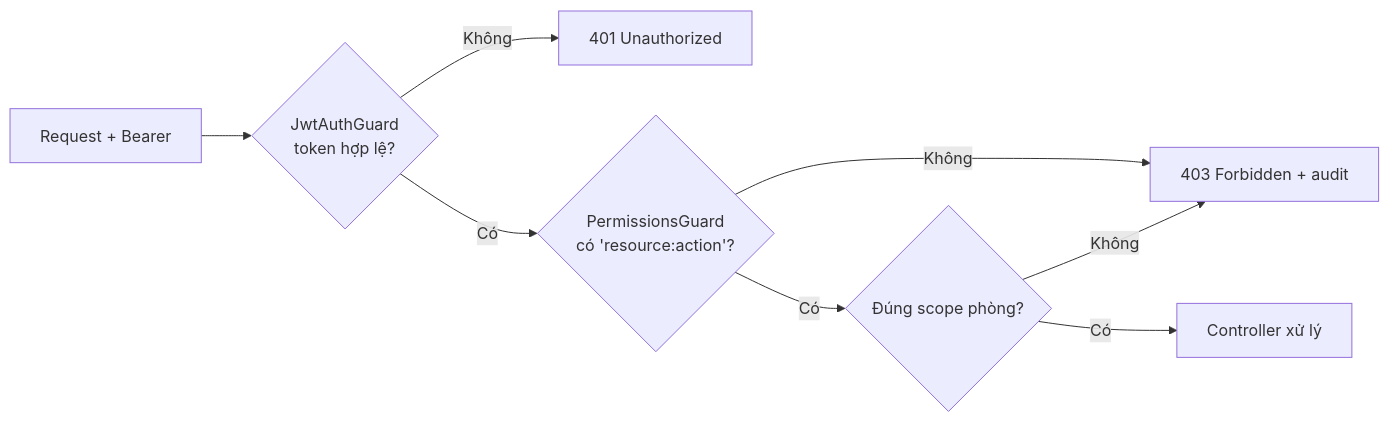
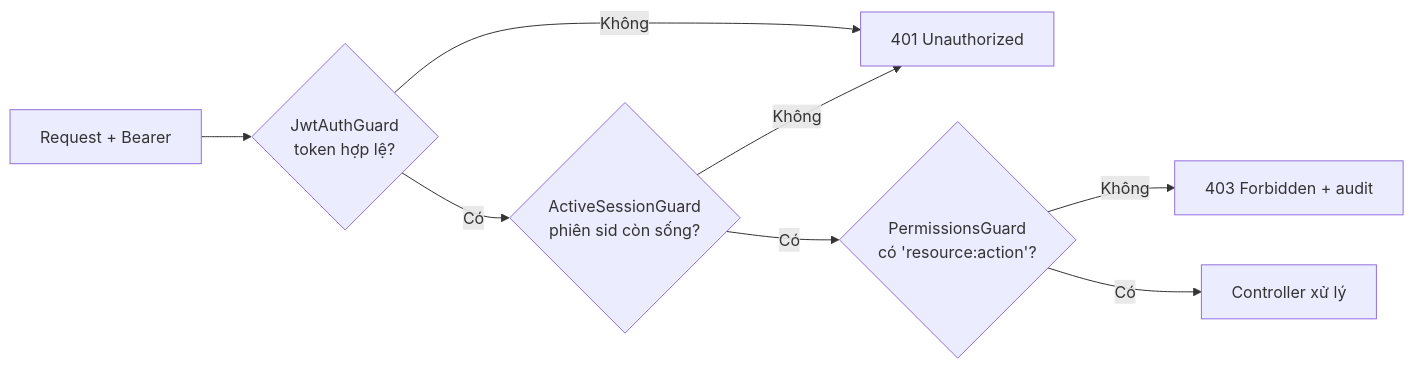
One commit to ailabs26/ailabs-museum changed the second of 2 diagrams in docs/architecture/05-security-rbac.md. Above: the diagram before and after it, drawn with Mermaid. The commit also changed other lines of this file and 3 other files, not shown here.

First line of the commit message:
docs(architecture): phiên đăng nhập, đổi mật khẩu, xóa mềm và xóa hàng loạt

````diff
--- a/docs/architecture/05-security-rbac.md
+++ b/docs/architecture/05-security-rbac.md
@@ -75,10 +116,10 @@
 ```mermaid
 flowchart LR
     req[Request + Bearer] --> jwt{JwtAuthGuard<br/>token hợp lệ?}
     jwt -- Không --> e401[401 Unauthorized]
-    jwt -- Có --> perm{PermissionsGuard<br/>có 'resource:action'?}
+    jwt -- Có --> sess{ActiveSessionGuard<br/>phiên sid còn sống?}
+    sess -- Không --> e401
+    sess -- Có --> perm{PermissionsGuard<br/>có 'resource:action'?}
     perm -- Không --> e403[403 Forbidden + audit]
-    perm -- Có --> scope{Đúng scope phòng?}
-    scope -- Không --> e403
-    scope -- Có --> ok[Controller xử lý]
+    perm -- Có --> ok[Controller xử lý]
 ```
````
